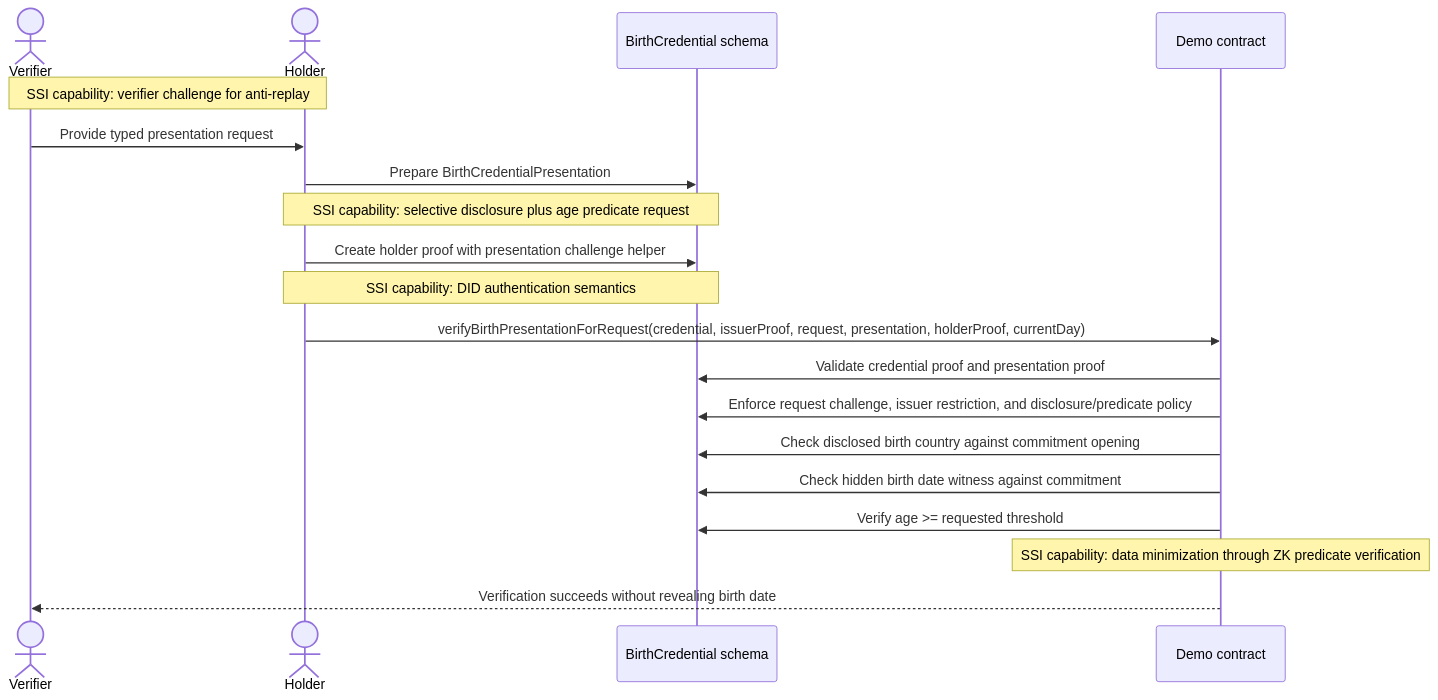
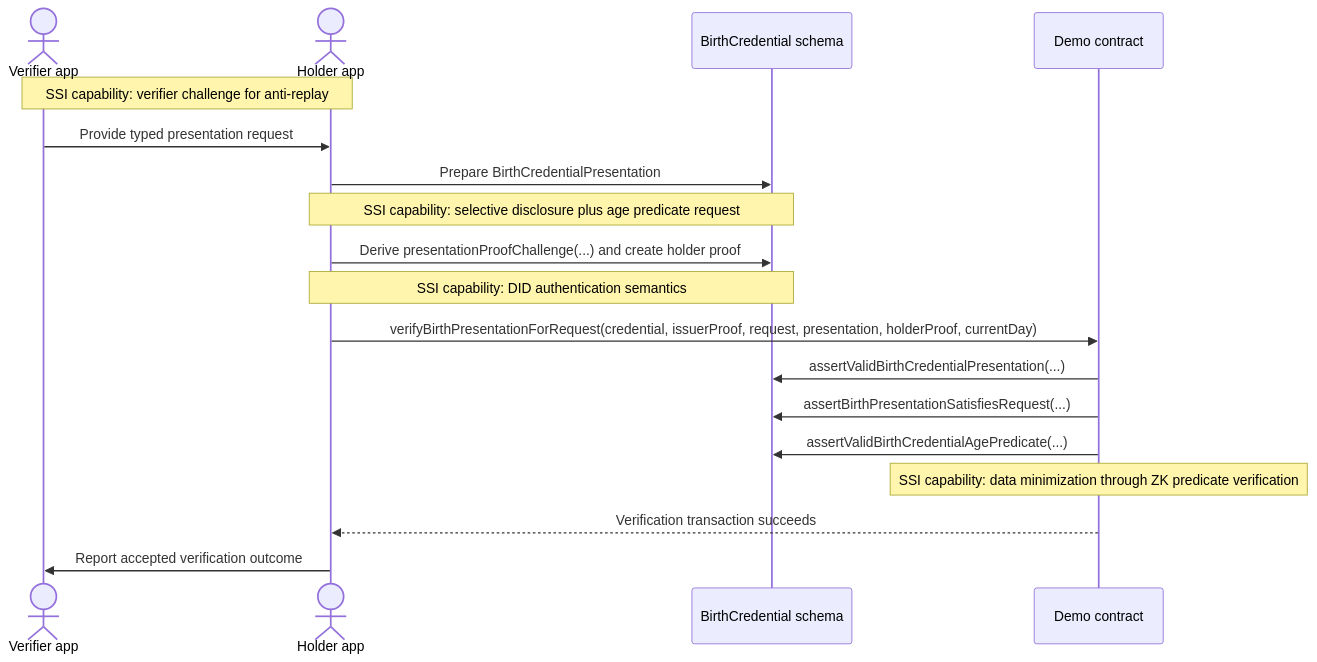
Before and after one commit to midnightntwrk/midnight-did: the second of 2 diagrams in research/midnight-credentials.md, drawn with Mermaid. The commit also changed other lines of this file and 65 other files, not shown here.

First line of the commit message:
feat(credentials): refactor into modular architecture with per-capability tests

````diff
--- a/research/midnight-credentials.md
+++ b/research/midnight-credentials.md
@@ -718,22 +812,21 @@
 ```mermaid
 sequenceDiagram
-    actor Verifier
-    actor Holder
+    actor Verifier as Verifier app
+    actor Holder as Holder app
     participant Schema as BirthCredential schema
     participant Contract as Demo contract
     
     Note over Verifier,Holder: SSI capability: verifier challenge for anti-replay
     Verifier->>Holder: Provide typed presentation request
     Holder->>Schema: Prepare BirthCredentialPresentation
     Note over Holder,Schema: SSI capability: selective disclosure plus age predicate request
-    Holder->>Schema: Create holder proof with presentation challenge helper
+    Holder->>Schema: Derive presentationProofChallenge(...) and create holder proof
     Note over Holder,Schema: SSI capability: DID authentication semantics
     Holder->>Contract: verifyBirthPresentationForRequest(credential, issuerProof, request, presentation, holderProof, currentDay)
-    Contract->>Schema: Validate credential proof and presentation proof
-    Contract->>Schema: Enforce request challenge, issuer restriction, and disclosure/predicate policy
-    Contract->>Schema: Check disclosed birth country against commitment opening
-    Contract->>Schema: Check hidden birth date witness against commitment
-    Contract->>Schema: Verify age >= requested threshold
+    Contract->>Schema: assertValidBirthCredentialPresentation(...)
+    Contract->>Schema: assertBirthPresentationSatisfiesRequest(...)
+    Contract->>Schema: assertValidBirthCredentialAgePredicate(...)
     Note over Contract: SSI capability: data minimization through ZK predicate verification
-    Contract-->>Verifier: Verification succeeds without revealing birth date
+    Contract-->>Holder: Verification transaction succeeds
+    Holder->>Verifier: Report accepted verification outcome
 ```
````
